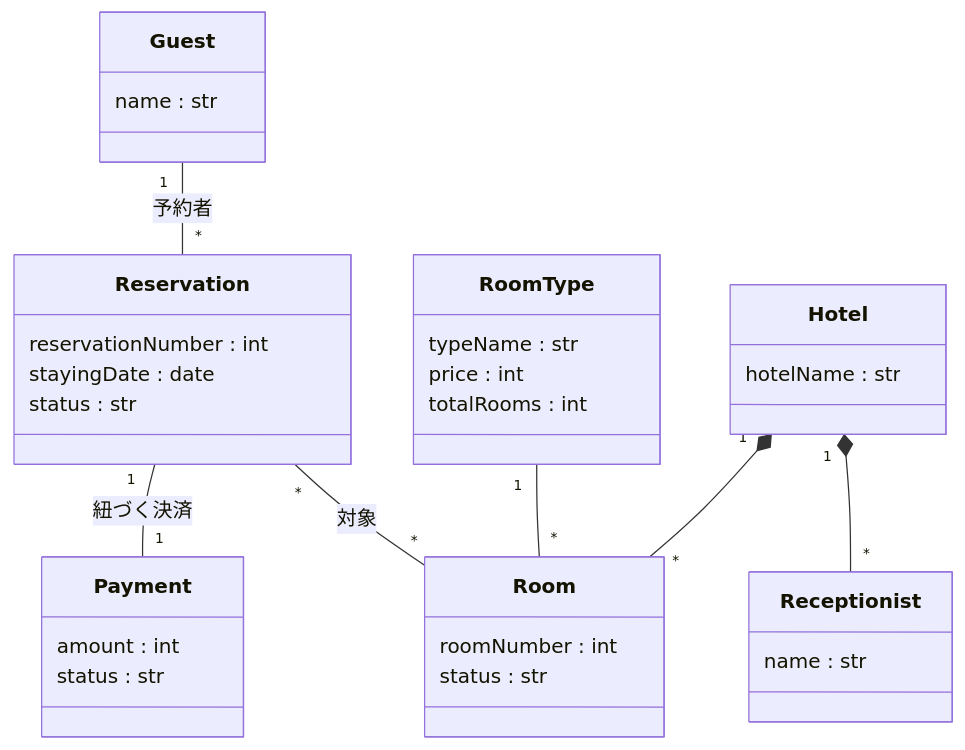
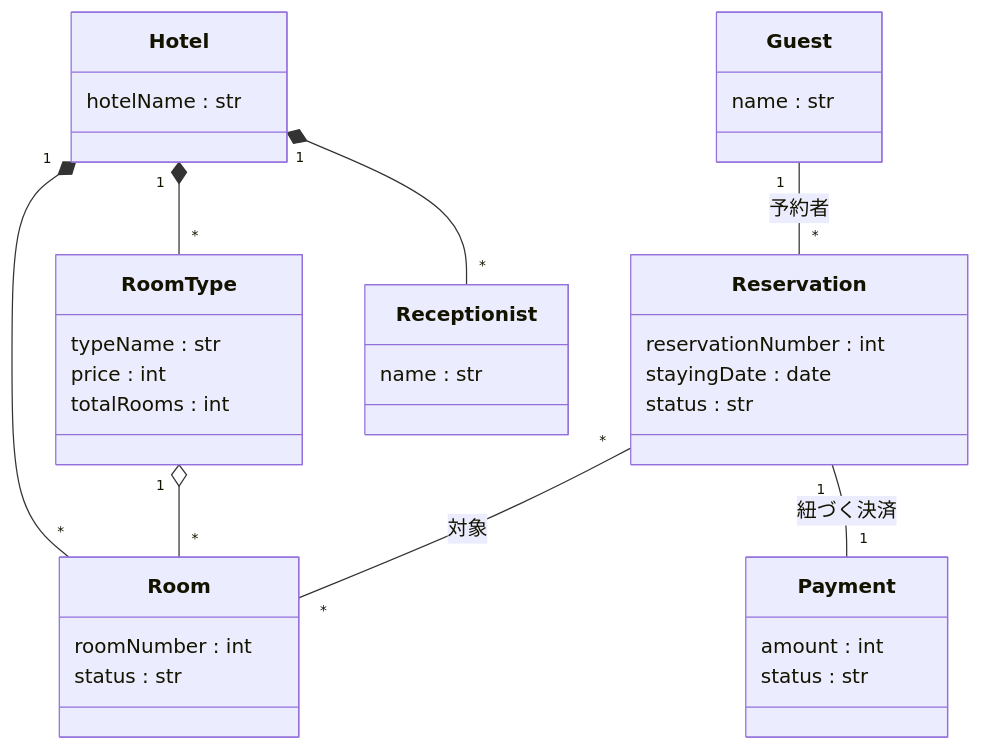
Before and after one commit to Kohki-tyl/HRS: the first of 2 diagrams in Domain_Analysis.md, drawn with Mermaid.

Commit message:
クラス図を編集
ホテルのコンポジションにroomtypeを追加

````diff
--- a/Domain_Analysis.md
+++ b/Domain_Analysis.md
@@ -20,36 +20,37 @@
 ```mermaid
 classDiagram
     class Guest {
         name : str
     }
     class Reservation {
         reservationNumber : int
         stayingDate : date
         status : str
     }
     class Hotel {
         hotelName : str
     }
     class RoomType {
         typeName : str
         price : int
         totalRooms : int
     }
     class Room {
         roomNumber : int
         status : str
     }
     class Receptionist{
         name : str
     }
     class Payment {
         amount : int
         status : str
     }
+    Hotel "1" *-- "*" RoomType : 
     Hotel "1" *-- "*" Room : 
+    RoomType "1" o-- "*" Room : 
     Hotel "1" *-- "*" Receptionist : 
-    RoomType "1" -- "*" Room : 
     Guest "1" -- "*" Reservation : 予約者
     Reservation "*" -- "*" Room : 対象
     Reservation "1" -- "1" Payment : 紐づく決済
 ```
````
